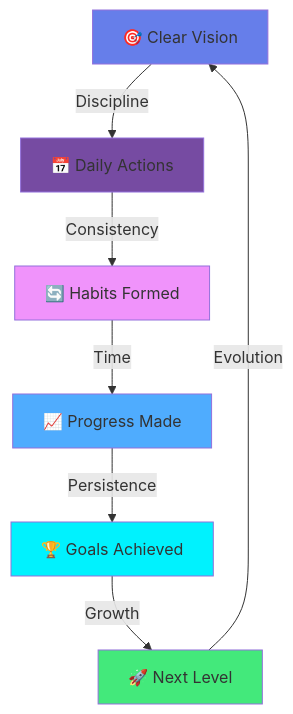
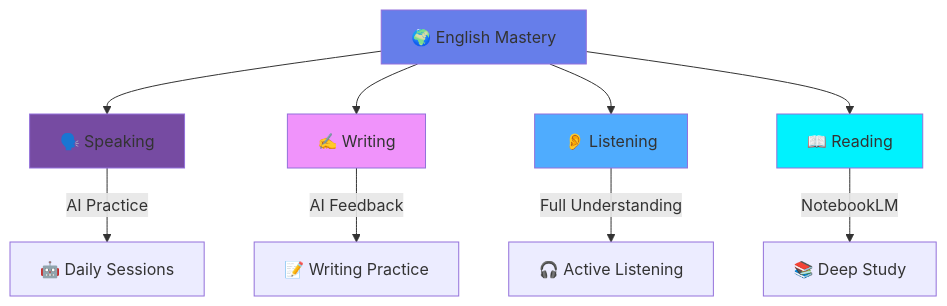
One commit to everythingblack2018-ai/test2 changed the first of 3 diagrams in README.md. Above: the diagram before and after it, drawn with Mermaid. The commit also changed other lines of this file, not shown here.

````diff
--- a/README.md
+++ b/README.md
@@ -649,16 +135,18 @@
 ```mermaid
 graph TD
-    A[🎯 Clear Vision] -->|Discipline| B[📅 Daily Actions]
-    B -->|Consistency| C[🔄 Habits Formed]
-    C -->|Time| D[📈 Progress Made]
-    D -->|Persistence| E[🏆 Goals Achieved]
-    E -->|Growth| F[🚀 Next Level]
-    F -->|Evolution| A
+    A[🌍 English Mastery] --> B[🗣️ Speaking]
+    A --> C[✍️ Writing]
+    A --> D[👂 Listening]
+    A --> E[📖 Reading]
+    
+    B -->|AI Practice| F[🤖 Daily Sessions]
+    C -->|AI Feedback| G[📝 Writing Practice]
+    D -->|Full Understanding| H[🎧 Active Listening]
+    E -->|NotebookLM| I[📚 Deep Study]
     
     style A fill:#667eea
     style B fill:#764ba2
-    style C fill:#F093FB
-    style D fill:#4FACFE
-    style E fill:#00F2FE
-    style F fill:#43E97B
+    style C fill:#f093fb
+    style D fill:#4facfe
+    style E fill:#00f2fe
 ```
````
